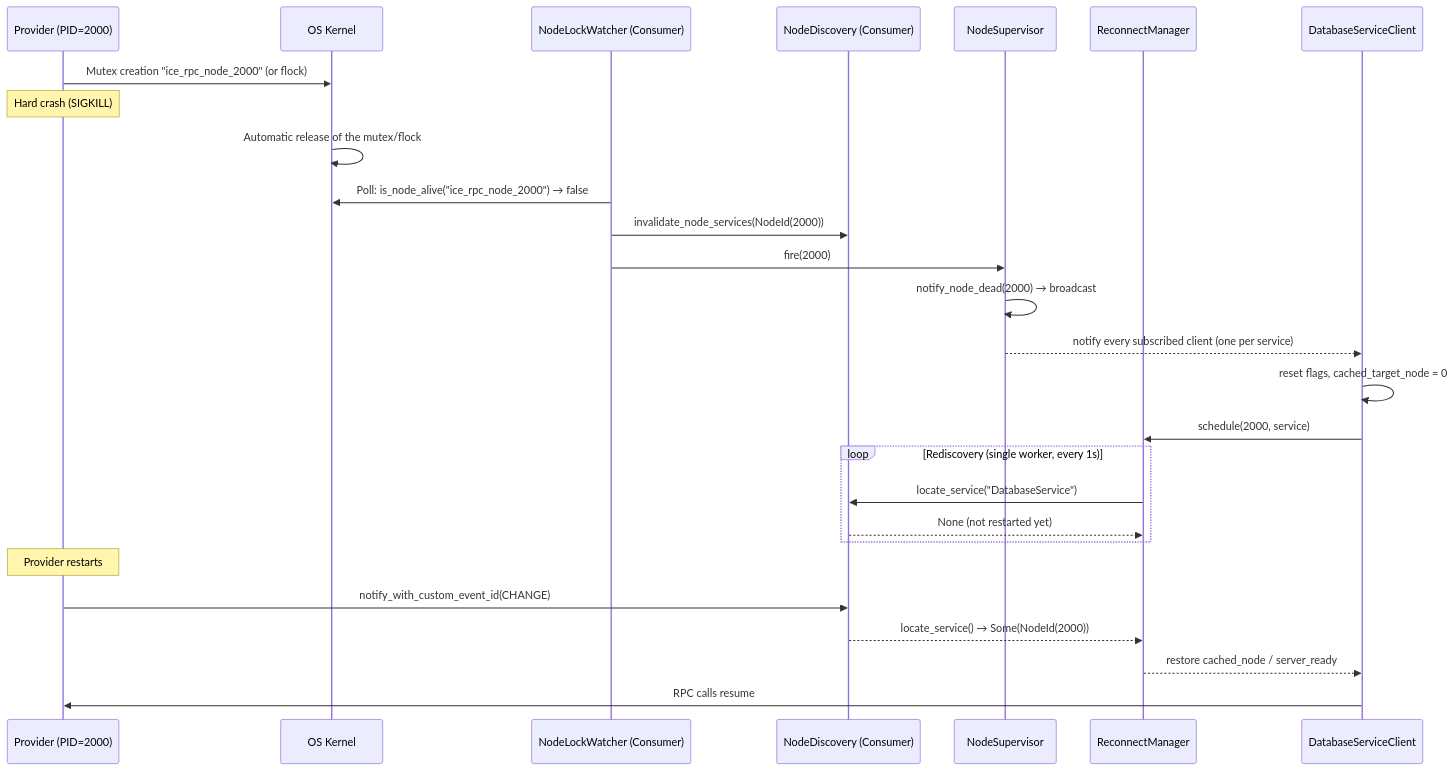
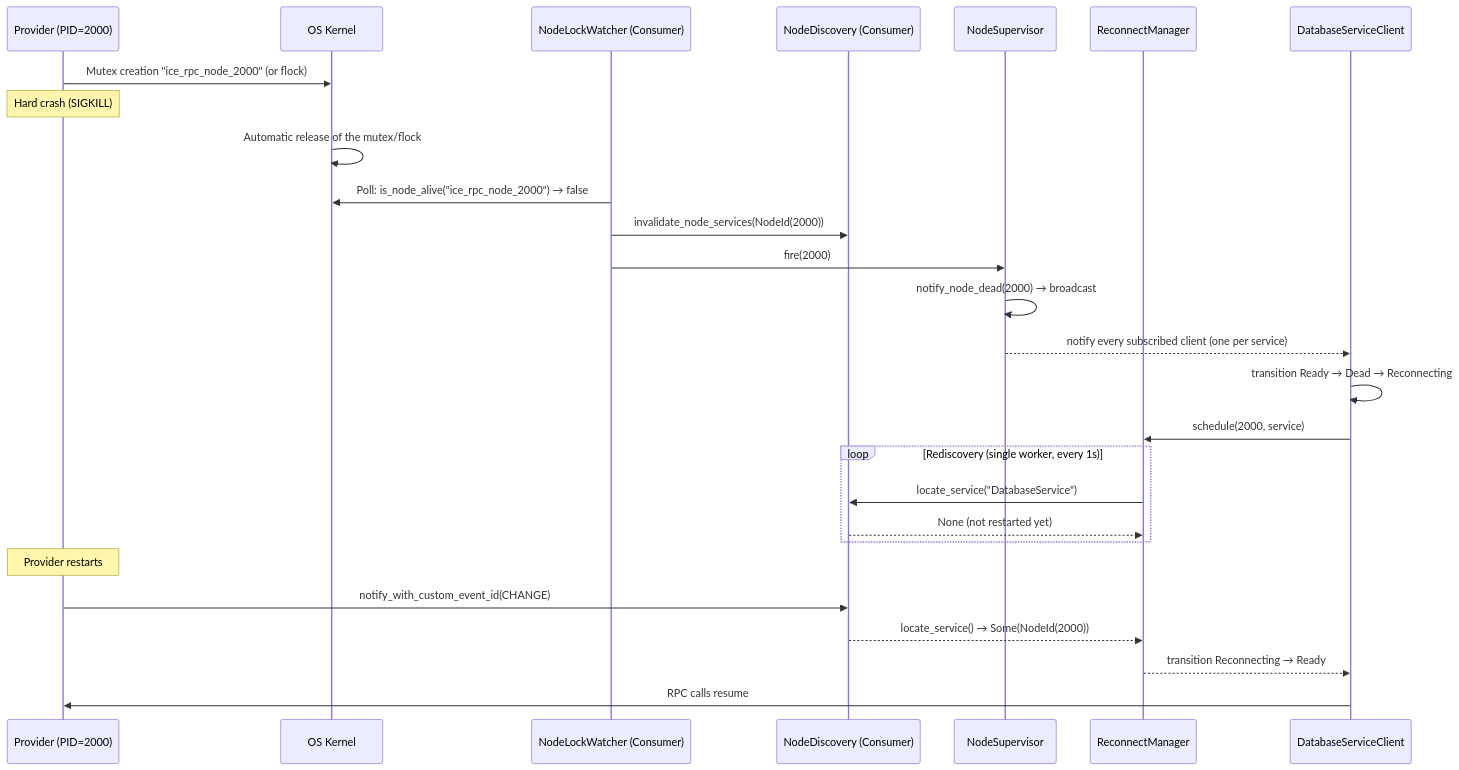
The fourth of 4 diagrams in Readme.md (max3163/ice-rpc), drawn with Mermaid before and after one commit. The commit also changed other lines of this file and 8 other files, not shown here.

````diff
--- a/Readme.md
+++ b/Readme.md
@@ -105,30 +105,30 @@
 ```mermaid
 sequenceDiagram
     participant P as Provider (PID=2000)
     participant Kernel as OS Kernel
     participant WL as NodeLockWatcher (Consumer)
     participant ND as NodeDiscovery (Consumer)
     participant S as NodeSupervisor
     participant RM as ReconnectManager
     participant Client as DatabaseServiceClient
 
     P->>Kernel: Mutex creation "ice_rpc_node_2000" (or flock)
     Note over P: Hard crash (SIGKILL)
     Kernel->>Kernel: Automatic release of the mutex/flock
     WL->>Kernel: Poll: is_node_alive("ice_rpc_node_2000") → false
     WL->>ND: invalidate_node_services(NodeId(2000))
     WL->>S: fire(2000)
     S->>S: notify_node_dead(2000) → broadcast
     S-->>Client: notify every subscribed client (one per service)
-    Client->>Client: reset flags, cached_target_node = 0
+    Client->>Client: transition Ready → Dead → Reconnecting
     Client->>RM: schedule(2000, service)
     loop Rediscovery (single worker, every 1s)
         RM->>ND: locate_service("DatabaseService")
         ND-->>RM: None (not restarted yet)
     end
     Note over P: Provider restarts
     P->>ND: notify_with_custom_event_id(CHANGE)
     ND-->>RM: locate_service() → Some(NodeId(2000))
-    RM-->>Client: restore cached_node / server_ready
+    RM-->>Client: transition Reconnecting → Ready
     Client->>P: RPC calls resume
 ```
````
